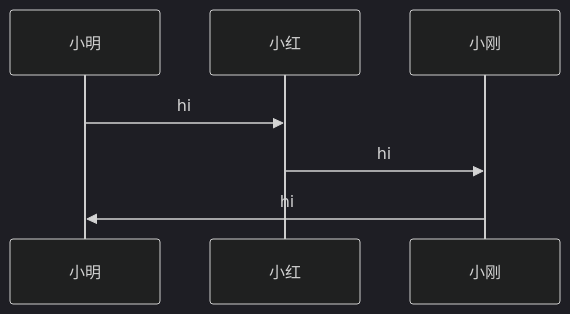
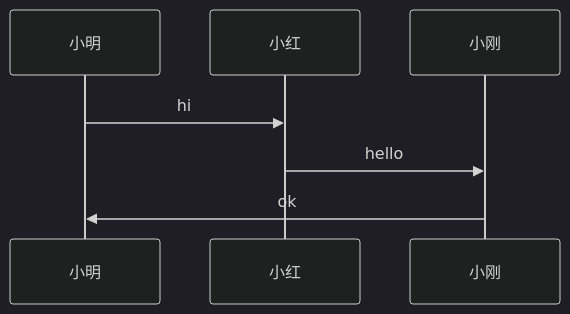
The seventh of 17 diagrams in source/_posts/markdown-中插入-mermaid-图.md (wqf31415/wqf31415.github.io), drawn with Mermaid (dark theme) before and after one commit. The commit also changed other lines of this file, not shown here.

Commit message:
:page_with_curl: 修复错误的 mermaid 语法

````diff
--- a/source/_posts/markdown-中插入-mermaid-图.md
+++ b/source/_posts/markdown-中插入-mermaid-图.md
@@ -200,9 +200,9 @@
 ```mermaid
 sequenceDiagram
     participant m as 小明 
     Participant h As 小红
     PARTICIPANT g AS 小刚
     m ->> h : hi
-    h ->> g : hi
-    g ->> m : hi
+    h ->> g : hello
+    g ->> m : ok
 ```
````
